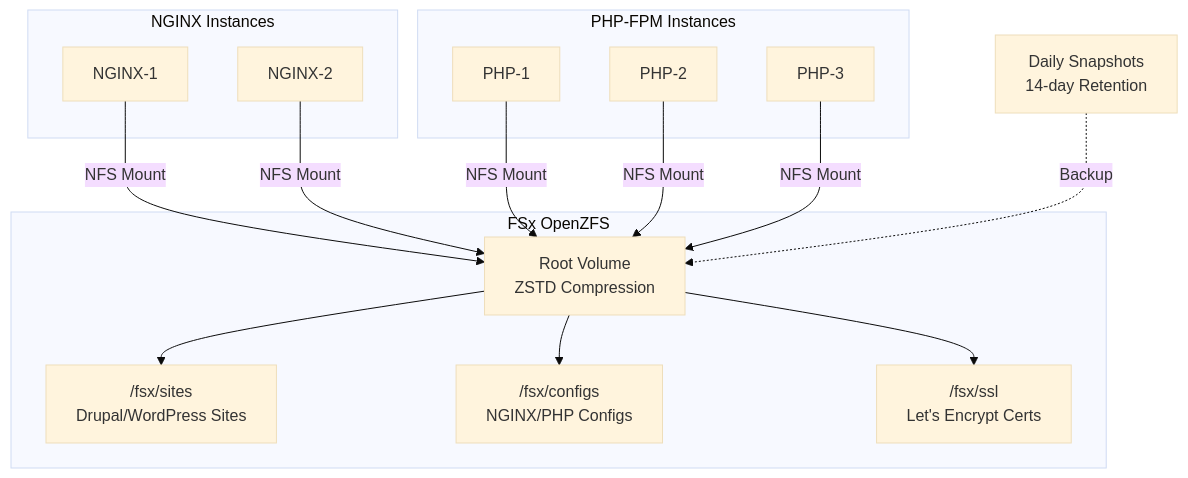
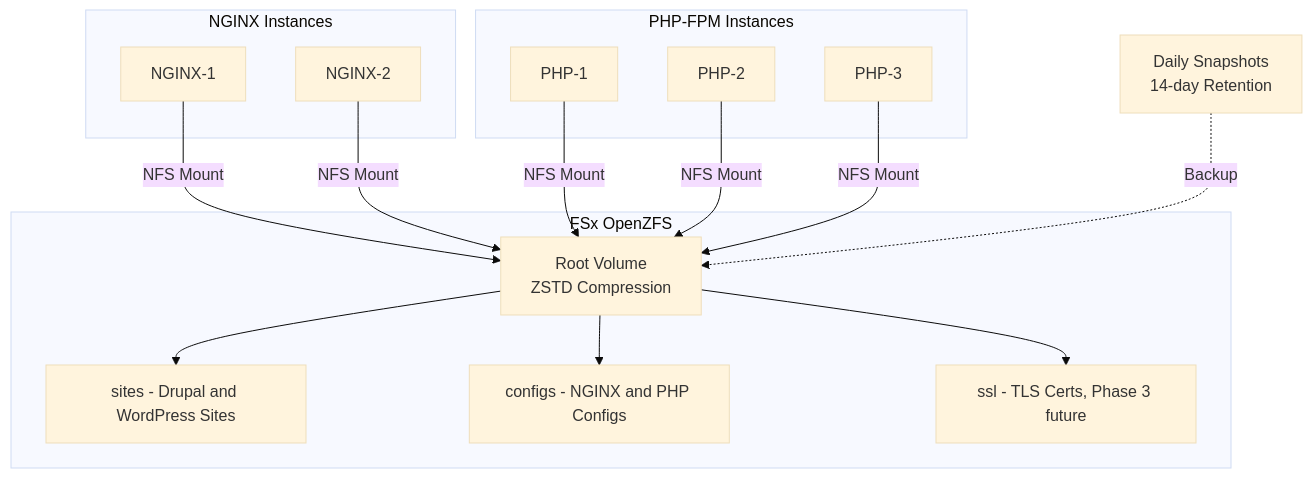
Before and after one commit to worx/cf-scalable-web: the seventh of 16 diagrams in docs/ARCHITECTURE.md, drawn with Mermaid (base theme). The commit also changed other lines of this file and 10 other files, not shown here.

````diff
--- a/docs/ARCHITECTURE.md
+++ b/docs/ARCHITECTURE.md
@@ -293,26 +312,26 @@
 ```mermaid
 graph TB
     subgraph "FSx OpenZFS"
         Root[Root Volume<br/>ZSTD Compression]
-        Sites["/fsx/sites<br/>Drupal/WordPress Sites"]
-        Configs["/fsx/configs<br/>NGINX/PHP Configs"]
-        SSL["/fsx/ssl<br/>Let's Encrypt Certs"]
+        Sites["sites - Drupal and WordPress Sites"]
+        Configs["configs - NGINX and PHP Configs"]
+        SSL["ssl - TLS Certs, Phase 3 future"]
     end
 
     subgraph "NGINX Instances"
         Nginx1[NGINX-1] -->|NFS Mount| Root
         Nginx2[NGINX-2] -->|NFS Mount| Root
     end
 
     subgraph "PHP-FPM Instances"
         PHP1[PHP-1] -->|NFS Mount| Root
         PHP2[PHP-2] -->|NFS Mount| Root
         PHP3[PHP-3] -->|NFS Mount| Root
     end
 
     Root --> Sites
     Root --> Configs
     Root --> SSL
 
     Backup[Daily Snapshots<br/>14-day Retention] -.->|Backup| Root
 ```
````
